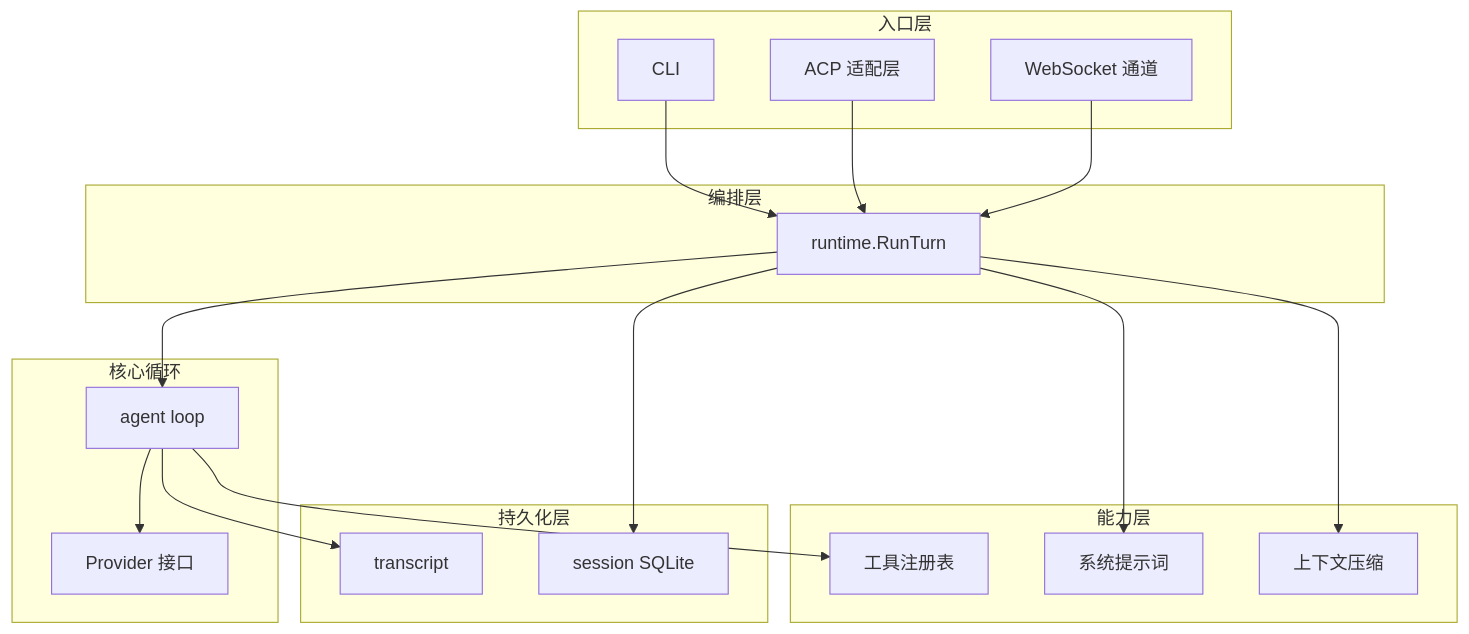
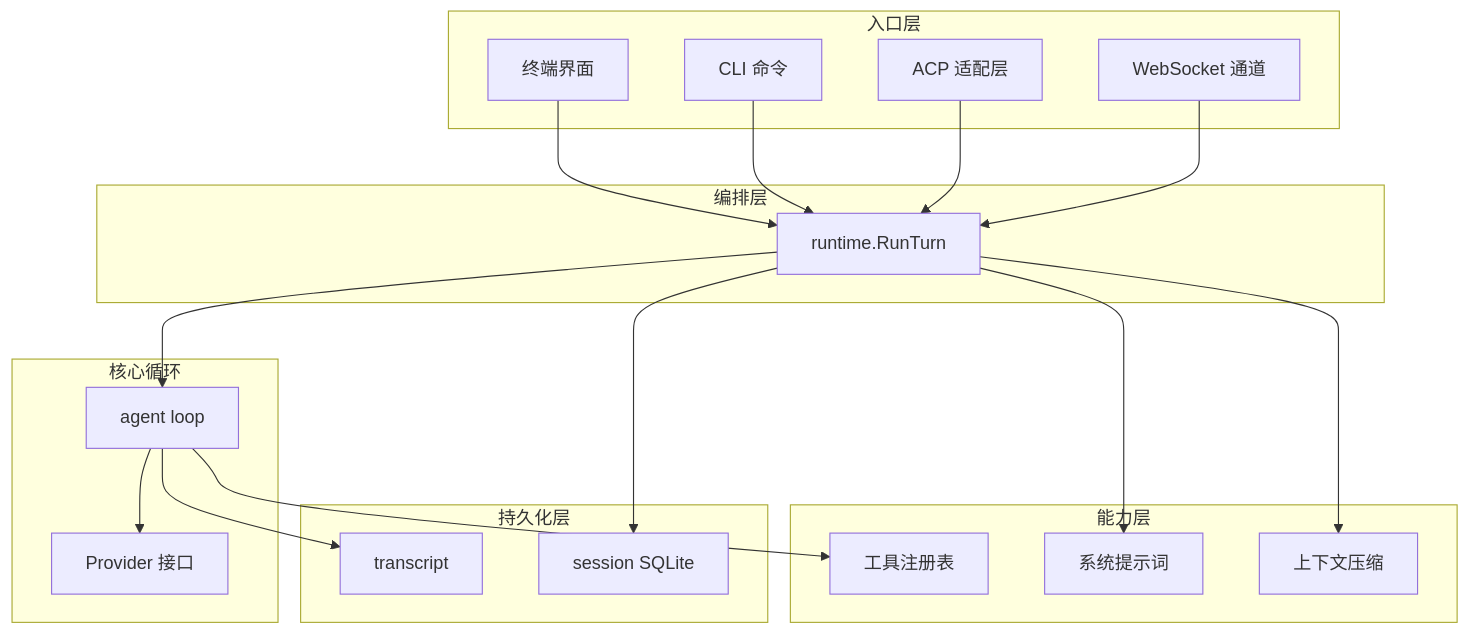
One commit to gvenusleo/Atlas changed the first of 2 diagrams in docs/zh-CN/architecture.md. Above: the diagram before and after it, drawn with Mermaid. The commit also changed other lines of this file and 9 other files, not shown here.

````diff
--- a/docs/zh-CN/architecture.md
+++ b/docs/zh-CN/architecture.md
@@ -9,39 +9,41 @@
 ```mermaid
 graph TD
     subgraph 入口层
-        CLI[CLI]
+        TUI[终端界面]
+        CLI[CLI 命令]
         ACP[ACP 适配层]
         WS[WebSocket 通道]
     end
 
     subgraph 编排层
         RT[runtime.RunTurn]
     end
 
     subgraph 核心循环
         AG[agent loop]
         PR[Provider 接口]
     end
 
     subgraph 能力层
         TOOLS[工具注册表]
         PRMPT[系统提示词]
         CMP[上下文压缩]
     end
 
     subgraph 持久化层
         TR[transcript]
         SS[session SQLite]
     end
 
+    TUI --> RT
     CLI --> RT
     ACP --> RT
     WS --> RT
     RT --> AG
     AG --> PR
     AG --> TOOLS
     RT --> PRMPT
     RT --> CMP
     AG --> TR
     RT --> SS
 ```
````
